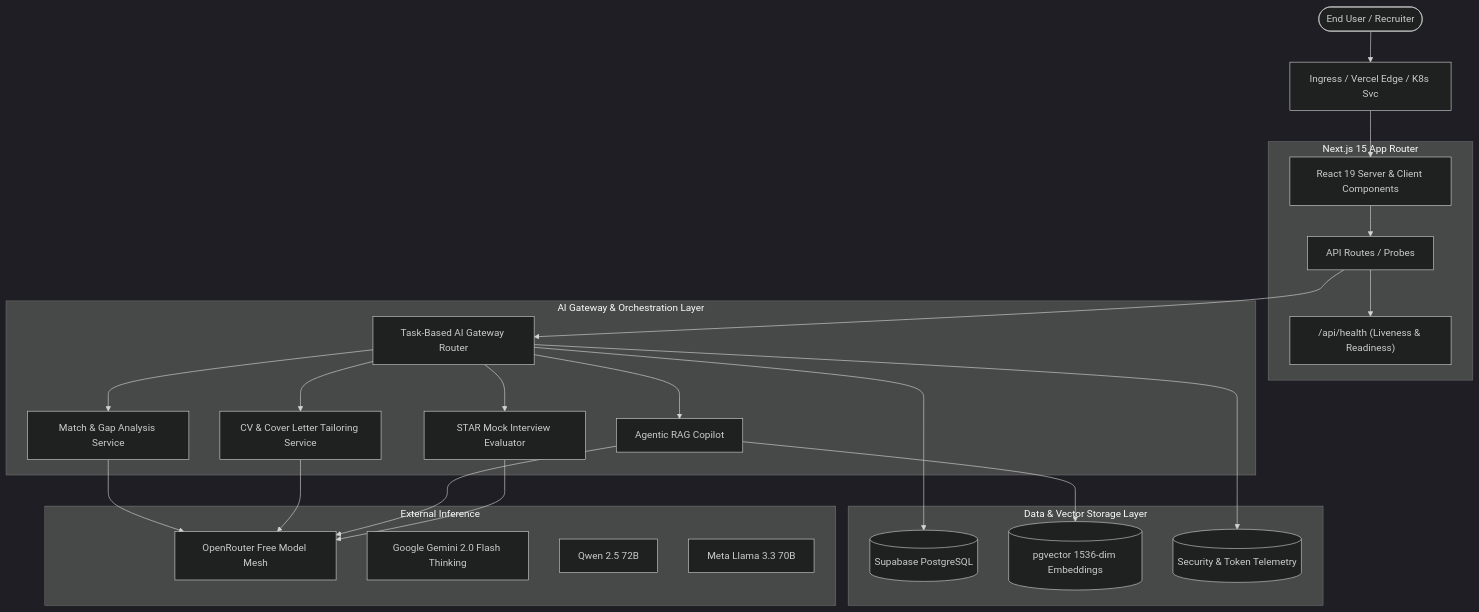
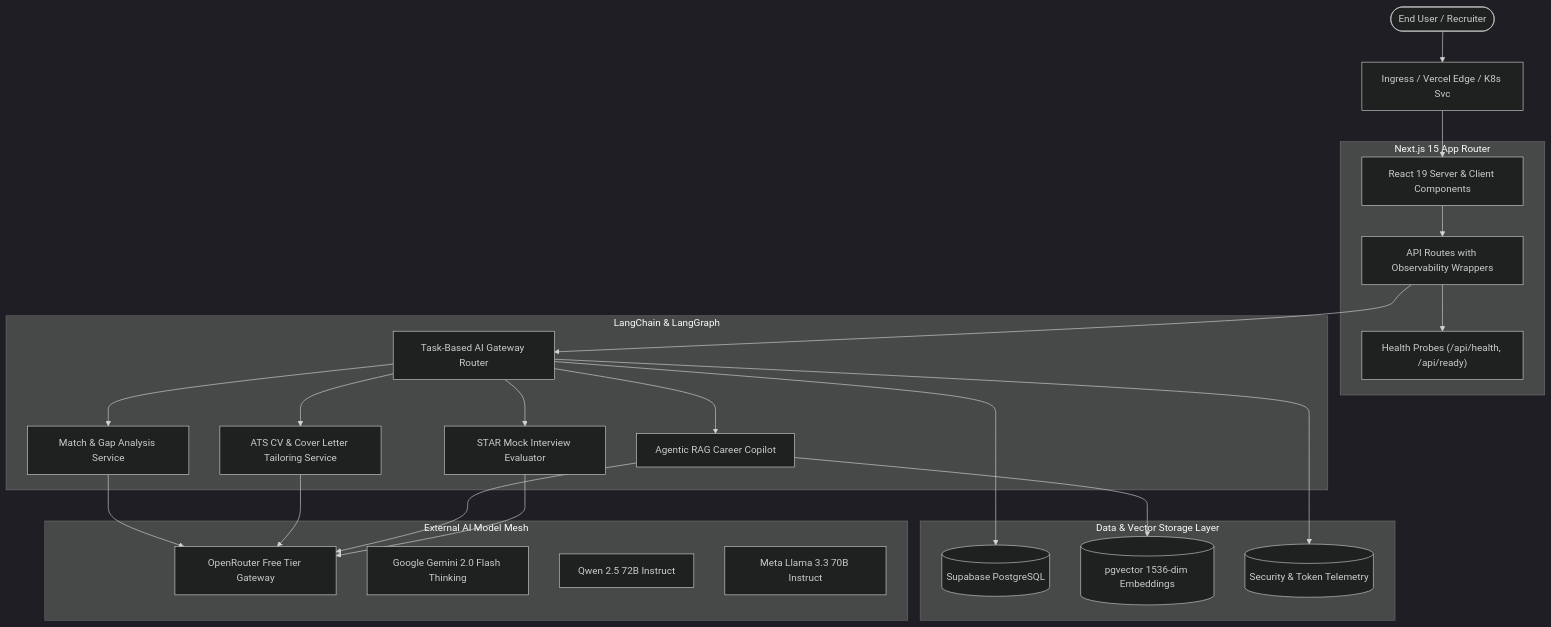
The first of 3 diagrams in README.md (whitemorengwira/applywise-ai), drawn with Mermaid (dark theme) before and after one commit. The commit also changed other lines of this file and 50 other files, not shown here.

````diff
--- a/README.md
+++ b/README.md
@@ -28,49 +32,49 @@
 ```mermaid
 graph TD
     User([End User / Recruiter]) --> Ingress[Ingress / Vercel Edge / K8s Svc]
     
     subgraph Web Application Layer [Next.js 15 App Router]
         AppUI[React 19 Server & Client Components]
-        APIRoutes[API Routes / Probes]
-        HealthProbe["/api/health (Liveness & Readiness)"]
+        APIRoutes[API Routes with Observability Wrappers]
+        Probes["Health Probes (/api/health, /api/ready)"]
     end
     
-    subgraph AI Gateway & Orchestration Layer
+    subgraph AI Orchestration Layer [LangChain & LangGraph]
         Router[Task-Based AI Gateway Router]
         MatchSvc[Match & Gap Analysis Service]
-        TailorSvc[CV & Cover Letter Tailoring Service]
-        RAGSvc[Agentic RAG Copilot]
+        TailorSvc[ATS CV & Cover Letter Tailoring Service]
+        RAGSvc[Agentic RAG Career Copilot]
         InterviewSvc[STAR Mock Interview Evaluator]
     end
     
     subgraph Data & Vector Storage Layer
         Supabase[(Supabase PostgreSQL)]
         PGVector[(pgvector 1536-dim Embeddings)]
         AuditLog[(Security & Token Telemetry)]
     end
     
-    subgraph External Inference
-        OpenRouter[OpenRouter Free Model Mesh]
+    subgraph External AI Model Mesh
+        OpenRouter[OpenRouter Free Tier Gateway]
         Gemini[Google Gemini 2.0 Flash Thinking]
-        Qwen[Qwen 2.5 72B]
-        Llama[Meta Llama 3.3 70B]
+        Qwen[Qwen 2.5 72B Instruct]
+        Llama[Meta Llama 3.3 70B Instruct]
     end
 
     Ingress --> AppUI
     AppUI --> APIRoutes
-    APIRoutes --> HealthProbe
+    APIRoutes --> Probes
     APIRoutes --> Router
     Router --> MatchSvc
     Router --> TailorSvc
     Router --> RAGSvc
     Router --> InterviewSvc
     
     MatchSvc --> OpenRouter
     TailorSvc --> OpenRouter
     RAGSvc --> PGVector
     RAGSvc --> OpenRouter
     InterviewSvc --> OpenRouter
     
     Router --> Supabase
     Router --> AuditLog
 ```
````
